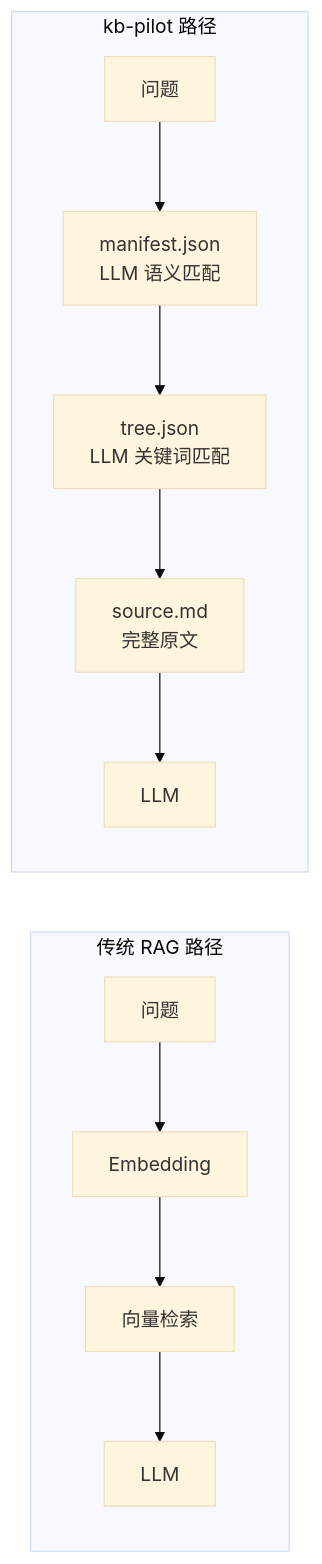
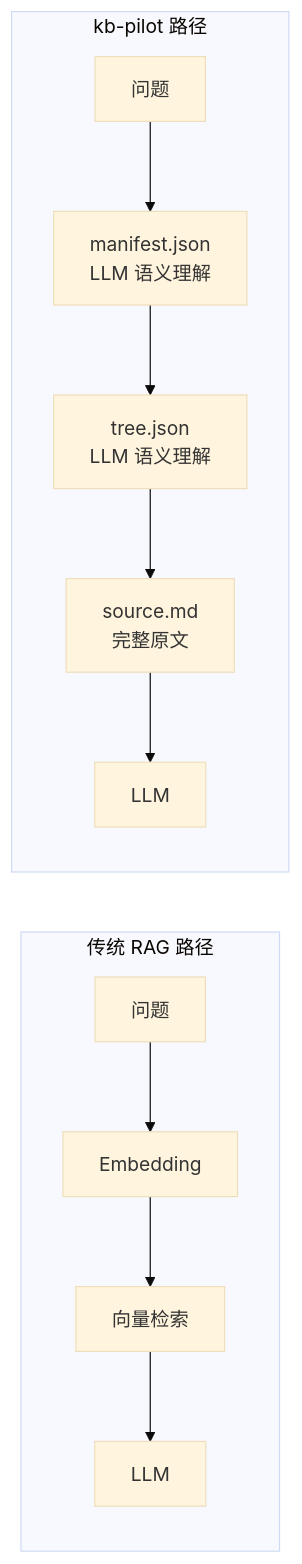
One commit to waylondev/kb-pilot changed the first of 2 diagrams in docs/e2e-test-report.md. Above: the diagram before and after it, drawn with Mermaid (base theme). The commit also changed other lines of this file, not shown here.

````diff
--- a/docs/e2e-test-report.md
+++ b/docs/e2e-test-report.md
@@ -13,9 +32,9 @@
 ```mermaid
 flowchart LR
     subgraph 传统["传统 RAG 路径"]
         Q1["问题"] --> E["Embedding"] --> V["向量检索"] --> L1["LLM"]
     end
     subgraph kb["kb-pilot 路径"]
-        Q2["问题"] --> M["manifest.json<br/>LLM 语义匹配"] --> T["tree.json<br/>LLM 关键词匹配"] --> S["source.md<br/>完整原文"] --> L2["LLM"]
+        Q2["问题"] --> M["manifest.json<br/>LLM 语义理解"] --> T["tree.json<br/>LLM 语义理解"] --> S["source.md<br/>完整原文"] --> L2["LLM"]
     end
 ```
````
